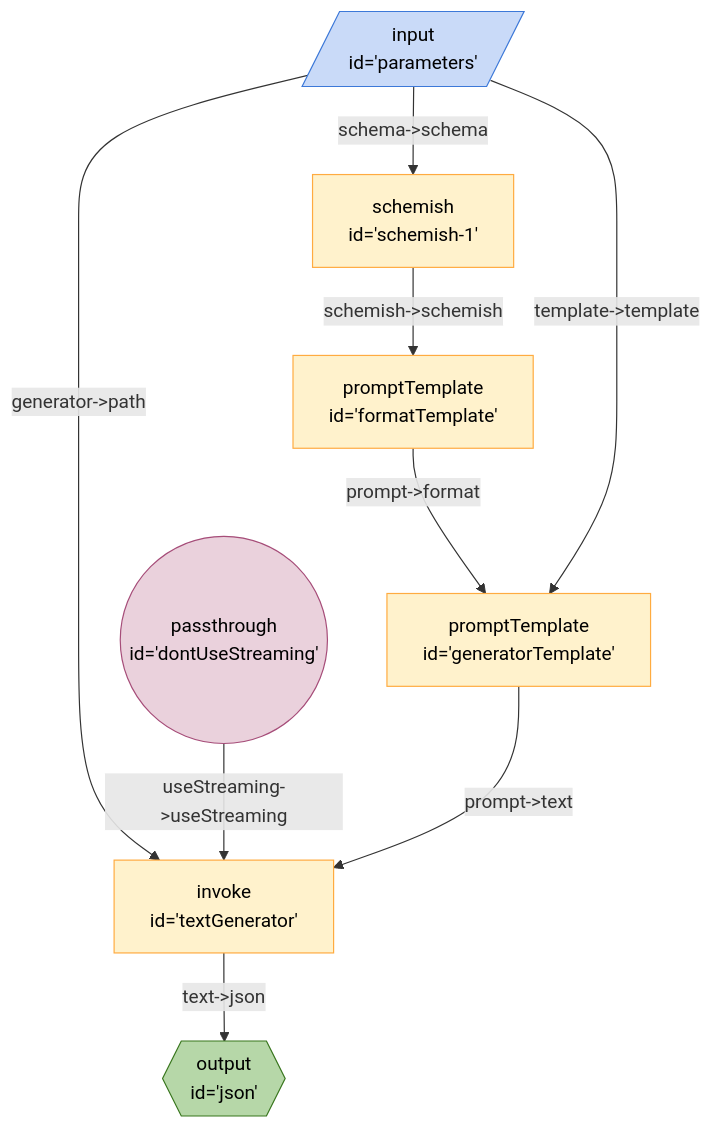
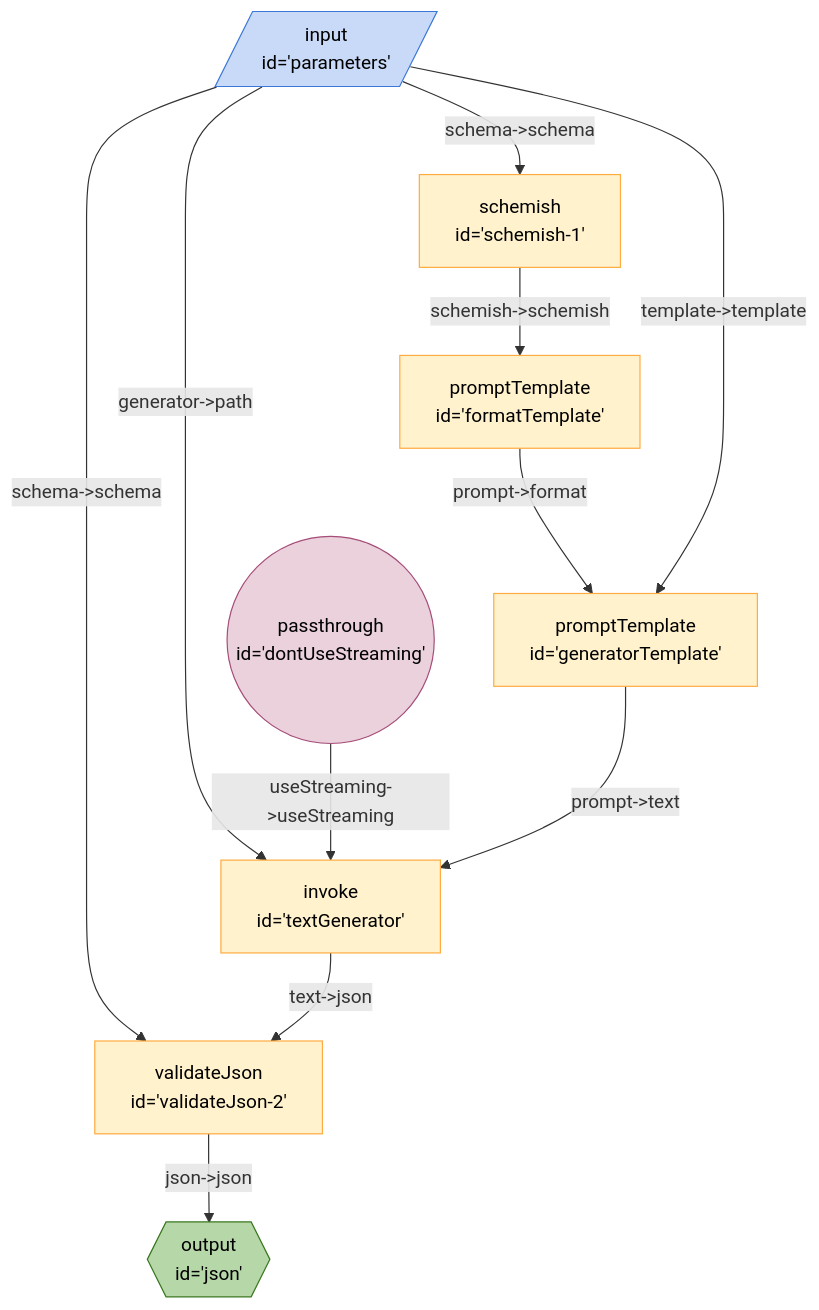
One commit to breadboard-ai/breadboard changed the diagram in seeds/breadboard-web/docs/graphs/json-generator.md. Above: the diagram before and after it, drawn with Mermaid. The commit also changed 6 other files, not shown here.

````diff
--- a/seeds/breadboard-web/docs/graphs/json-generator.md
+++ b/seeds/breadboard-web/docs/graphs/json-generator.md
@@ -3,20 +3,22 @@
 ```mermaid
 %%{init: 'themeVariables': { 'fontFamily': 'Fira Code, monospace' }}%%
 graph TD;
 parameters[/"input <br> id='parameters'"/]:::input -- "schema->schema" --> schemish1["schemish <br> id='schemish-1'"]
 schemish1["schemish <br> id='schemish-1'"] -- "schemish->schemish" --> formatTemplate["promptTemplate <br> id='formatTemplate'"]
 formatTemplate["promptTemplate <br> id='formatTemplate'"] -- "prompt->format" --> generatorTemplate["promptTemplate <br> id='generatorTemplate'"]
 parameters[/"input <br> id='parameters'"/]:::input -- "generator->path" --> textGenerator["invoke <br> id='textGenerator'"]
 dontUseStreaming(("passthrough <br> id='dontUseStreaming'")):::passthrough -- "useStreaming->useStreaming" --> textGenerator["invoke <br> id='textGenerator'"]
-textGenerator["invoke <br> id='textGenerator'"] -- "text->json" --> json{{"output <br> id='json'"}}:::output
+parameters[/"input <br> id='parameters'"/]:::input -- "schema->schema" --> validateJson2["validateJson <br> id='validateJson-2'"]
+validateJson2["validateJson <br> id='validateJson-2'"] -- "json->json" --> json{{"output <br> id='json'"}}:::output
+textGenerator["invoke <br> id='textGenerator'"] -- "text->json" --> validateJson2["validateJson <br> id='validateJson-2'"]
 generatorTemplate["promptTemplate <br> id='generatorTemplate'"] -- "prompt->text" --> textGenerator["invoke <br> id='textGenerator'"]
 parameters[/"input <br> id='parameters'"/]:::input -- "template->template" --> generatorTemplate["promptTemplate <br> id='generatorTemplate'"]
 classDef default stroke:#ffab40,fill:#fff2ccff,color:#000
 classDef input stroke:#3c78d8,fill:#c9daf8ff,color:#000
 classDef output stroke:#38761d,fill:#b6d7a8ff,color:#000
 classDef passthrough stroke:#a64d79,fill:#ead1dcff,color:#000
 classDef slot stroke:#a64d79,fill:#ead1dcff,color:#000
 classDef config stroke:#a64d79,fill:#ead1dcff,color:#000
 classDef secrets stroke:#db4437,fill:#f4cccc,color:#000
 classDef slotted stroke:#a64d79
 ```
````
